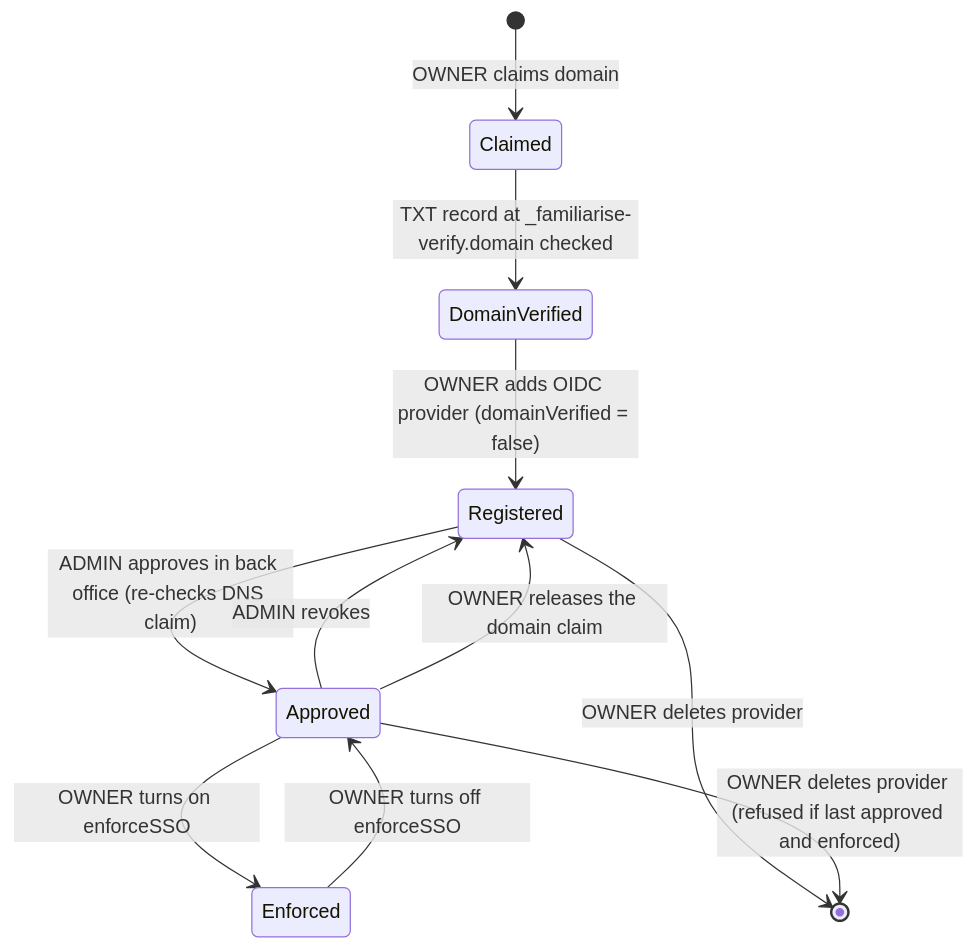
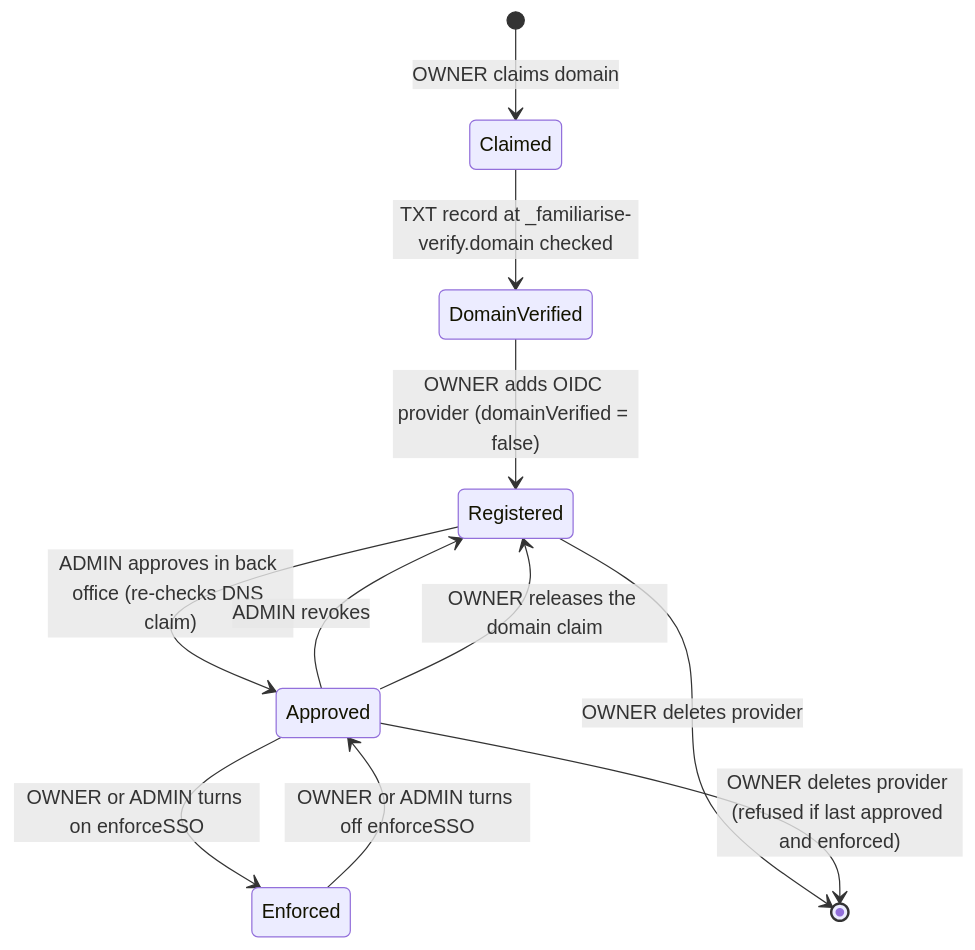
One commit to Practitionist/familiarise_web changed the diagram in docs/authentication/sso.md. Above: the diagram before and after it, drawn with Mermaid. The commit also changed other lines of this file and 14 other files, not shown here.

First line of the commit message:
feat(sso): enforced domains sign in only through the org's SSO callback

````diff
--- a/docs/authentication/sso.md
+++ b/docs/authentication/sso.md
@@ -30,13 +30,13 @@
 ```mermaid
 stateDiagram-v2
   [*] --> Claimed: OWNER claims domain
   Claimed --> DomainVerified: TXT record at _familiarise-verify.domain checked
   DomainVerified --> Registered: OWNER adds OIDC provider (domainVerified = false)
   Registered --> Approved: ADMIN approves in back office (re-checks DNS claim)
   Approved --> Registered: ADMIN revokes
   Approved --> Registered: OWNER releases the domain claim
-  Approved --> Enforced: OWNER turns on enforceSSO
-  Enforced --> Approved: OWNER turns off enforceSSO
+  Approved --> Enforced: OWNER or ADMIN turns on enforceSSO
+  Enforced --> Approved: OWNER or ADMIN turns off enforceSSO
   Registered --> [*]: OWNER deletes provider
   Approved --> [*]: OWNER deletes provider (refused if last approved and enforced)
 ```
````
